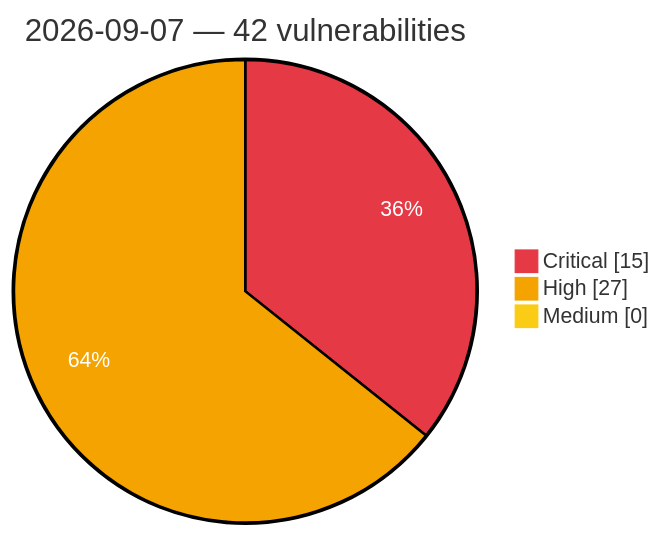
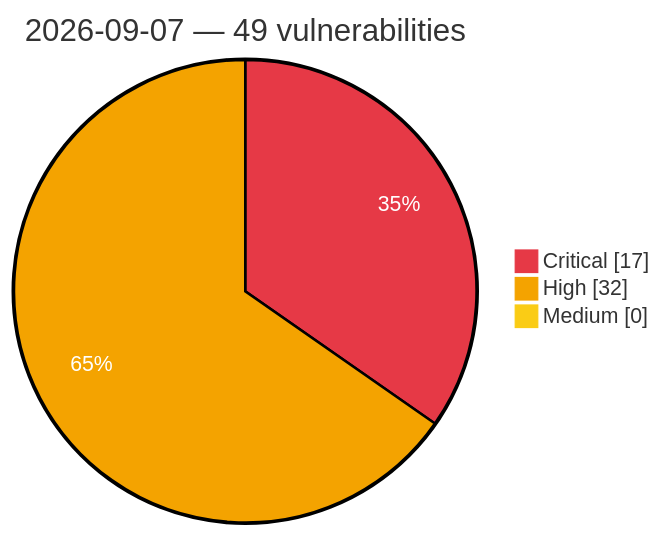
The diagram in vulnerabilities/2026/September/2026-09-07.md (GhostX0X/vuln-tracker), drawn with Mermaid before and after one commit. The commit also changed other lines of this file and 8 other files, not shown here.

Commit message:
Auto update: critical/high vulns (2026-09-08 05:15 UTC)

````diff
--- a/vulnerabilities/2026/September/2026-09-07.md
+++ b/vulnerabilities/2026/September/2026-09-07.md
@@ -3,8 +3,8 @@
 ```mermaid
 %%{init: {'theme':'base', 'themeVariables': {'pie1':'#e63946', 'pie2':'#f4a300', 'pie3':'#facc15', 'pieOpacity':'1', 'pieOuterStrokeWidth':'2px', 'pieSectionTextColor':'#ffffff'}}}%%
 pie showData
-    title 2026-09-07 — 42 vulnerabilities
-    "Critical" : 15
-    "High" : 27
+    title 2026-09-07 — 49 vulnerabilities
+    "Critical" : 17
+    "High" : 32
     "Medium" : 0
 ```
````
